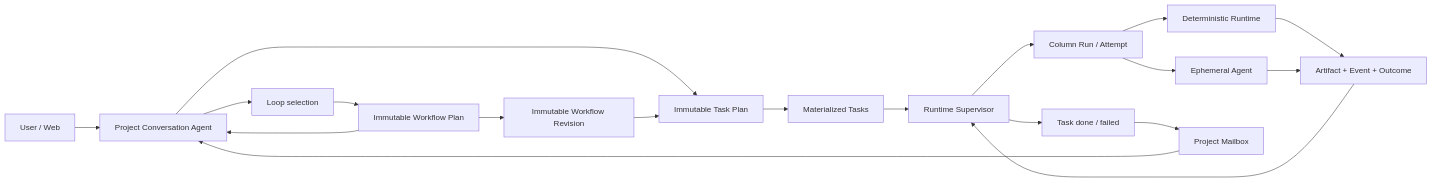
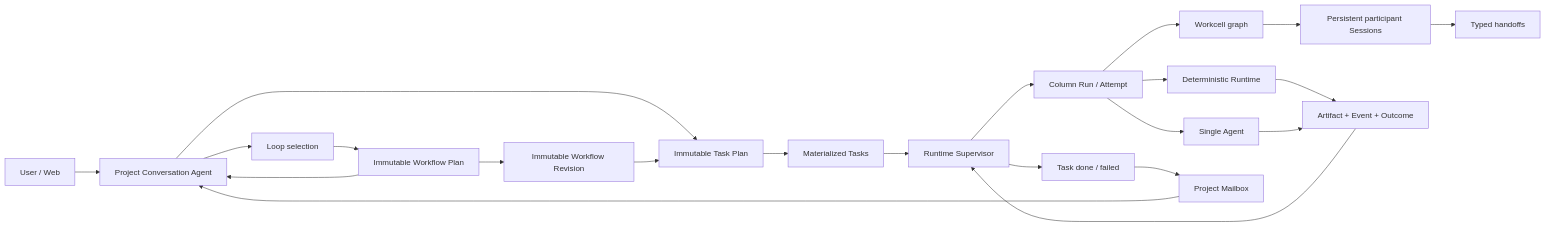
Before and after one commit to zanghongtu2006/DevWerk: the diagram in DevWerk/README.md, drawn with Mermaid. The commit also changed other lines of this file and 27 other files, not shown here.

````diff
--- a/DevWerk/README.md
+++ b/DevWerk/README.md
@@ -23,21 +24,24 @@
 ```mermaid
 flowchart LR
     U["User / Web"] --> C["Project Conversation Agent"]
     P["DEVWERK.md Platform Policy"] --> C
     C --> L["Loop selection"]
     L --> P["Immutable Workflow Plan"]
     P --> W["Immutable Workflow Revision"]
     C --> TP["Immutable Task Plan"]
     W --> TP
     TP --> TSK["Materialized Tasks"]
     TSK --> S["Runtime Supervisor"]
     S --> R["Column Run / Attempt"]
     R --> D["Deterministic Runtime"]
-    R --> A["Ephemeral Agent"]
+    R --> A["Single Agent"]
+    R --> WC["Workcell graph"]
+    WC --> PS["Persistent participant Sessions"]
+    PS --> H["Typed handoffs"]
     D --> E["Artifact + Event + Outcome"]
     A --> E
     E --> S
     S --> T["Task done / failed"]
     T --> M["Project Mailbox"]
     M --> C
 ```
````
